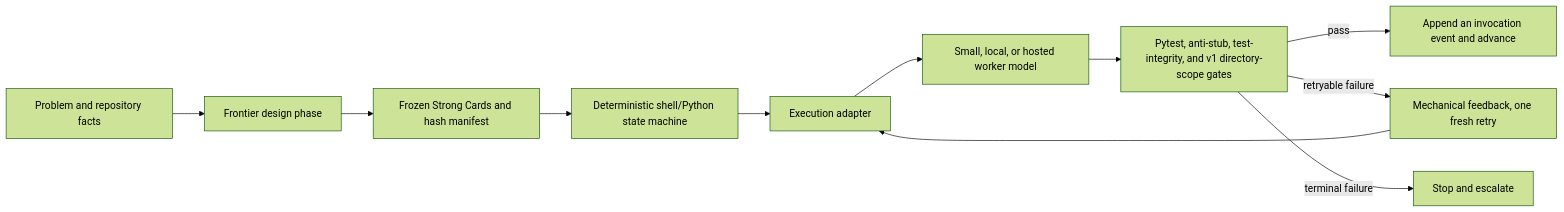
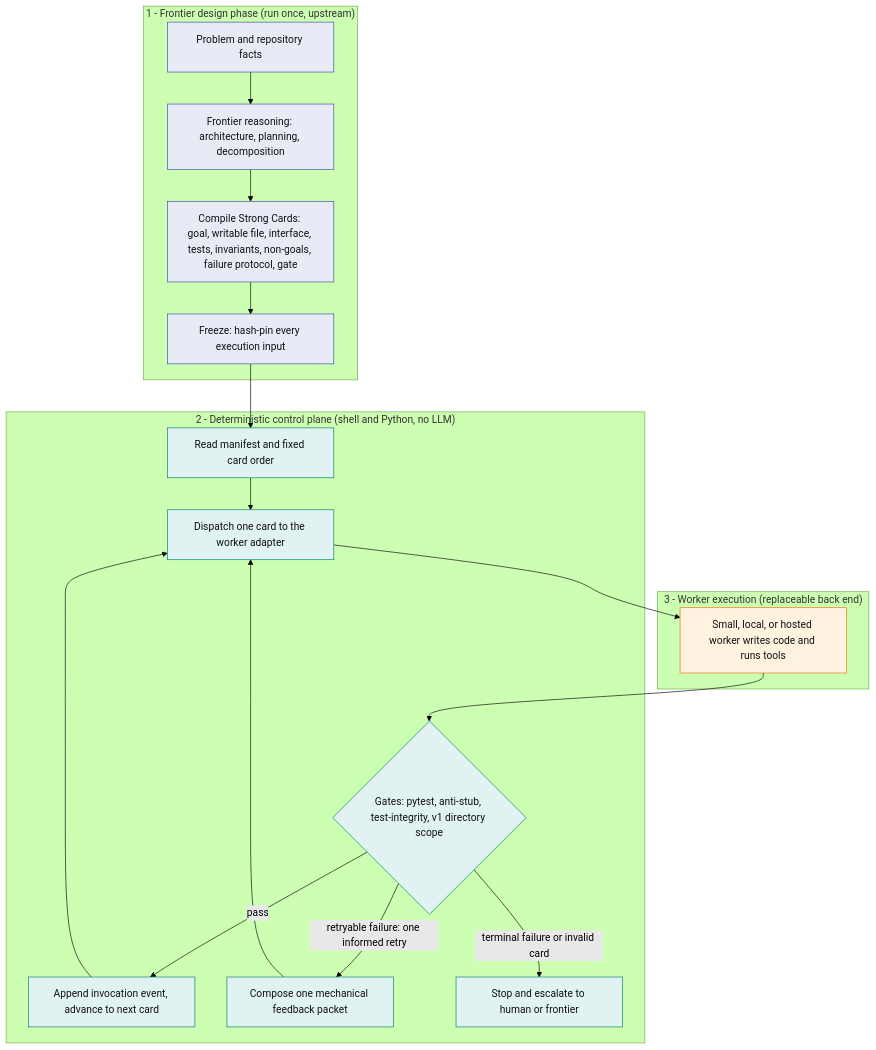
Before and after one commit to johninthewinter/strong_cards: the diagram in README.md, drawn with Mermaid (forest theme). The commit also changed other lines of this file, not shown here.

Commit message:
docs: rework README around the dual-goal thesis, full result tables, and execution surfaces

````diff
--- a/README.md
+++ b/README.md
@@ -91,13 +187,37 @@
 ```mermaid
-flowchart LR
-    A["Problem and repository facts"] --> B["Frontier design phase"]
-    B --> C["Frozen Strong Cards and hash manifest"]
-    C --> D["Deterministic shell/Python state machine"]
-    D --> E["Execution adapter"]
-    E --> F["Small, local, or hosted worker model"]
-    F --> G["Pytest, anti-stub, test-integrity, and v1 directory-scope gates"]
-    G -->|pass| H["Append an invocation event and advance"]
-    G -->|retryable failure| I["Mechanical feedback, one fresh retry"]
-    I --> E
-    G -->|terminal failure| J["Stop and escalate"]
+flowchart TB
+    subgraph FRONTIER["1 - Frontier design phase (run once, upstream)"]
+        A["Problem and repository facts"]
+        B["Frontier reasoning: architecture, planning, decomposition"]
+        C["Compile Strong Cards: goal, writable file, interface, tests, invariants, non-goals, failure protocol, gate"]
+        D["Freeze: hash-pin every execution input"]
+        A --> B --> C --> D
+    end
+
+    subgraph CONTROL["2 - Deterministic control plane (shell and Python, no LLM)"]
+        E["Read manifest and fixed card order"]
+        F["Dispatch one card to the worker adapter"]
+        G{"Gates: pytest, anti-stub, test-integrity, v1 directory scope"}
+        H["Append invocation event, advance to next card"]
+        I["Compose one mechanical feedback packet"]
+        J["Stop and escalate to human or frontier"]
+    end
+
+    subgraph WORKER["3 - Worker execution (replaceable back end)"]
+        K["Small, local, or hosted worker writes code and runs tools"]
+    end
+
+    D --> E --> F --> K --> G
+    G -->|pass| H
+    H --> F
+    G -->|retryable failure: one informed retry| I
+    I --> F
+    G -->|terminal failure or invalid card| J
+
+    classDef frontier fill:#e8eaf6,stroke:#3949ab,color:#111;
+    classDef control fill:#e0f2f1,stroke:#00796b,color:#111;
+    classDef worker fill:#fff3e0,stroke:#ef6c00,color:#111;
+    class A,B,C,D frontier;
+    class E,F,G,H,I,J control;
+    class K worker;
 ```
````
